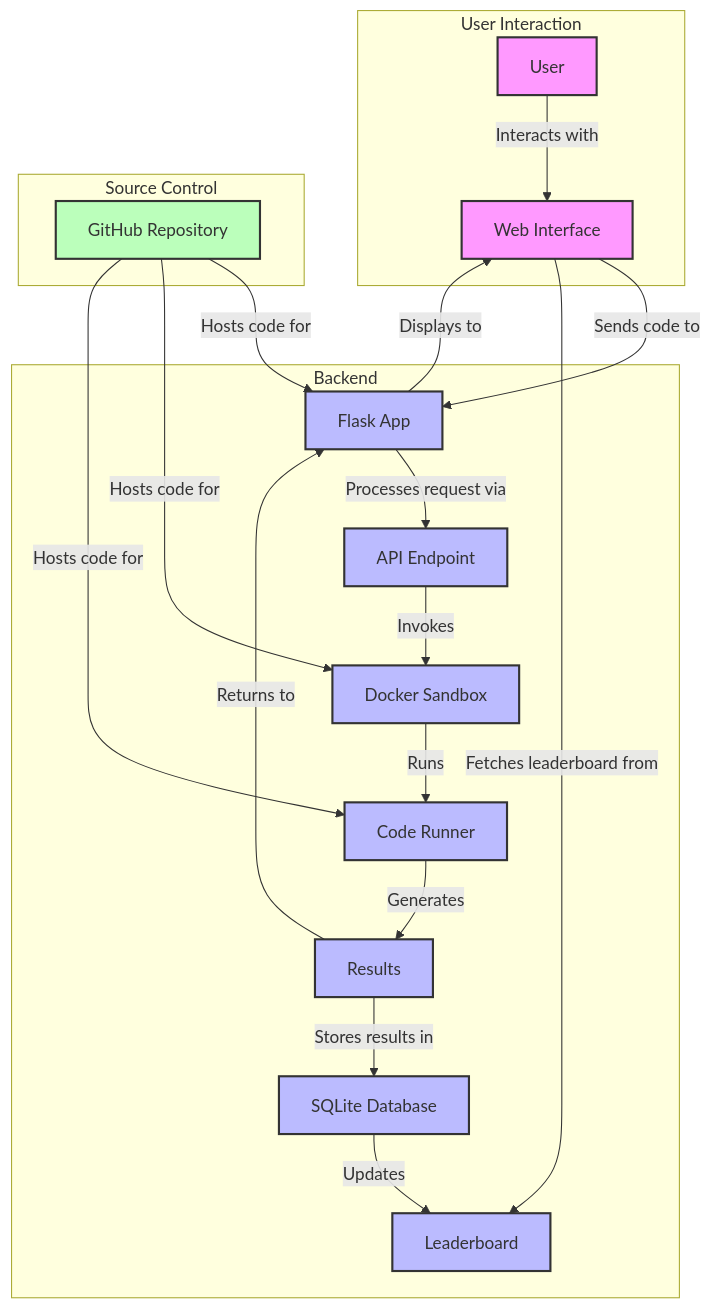
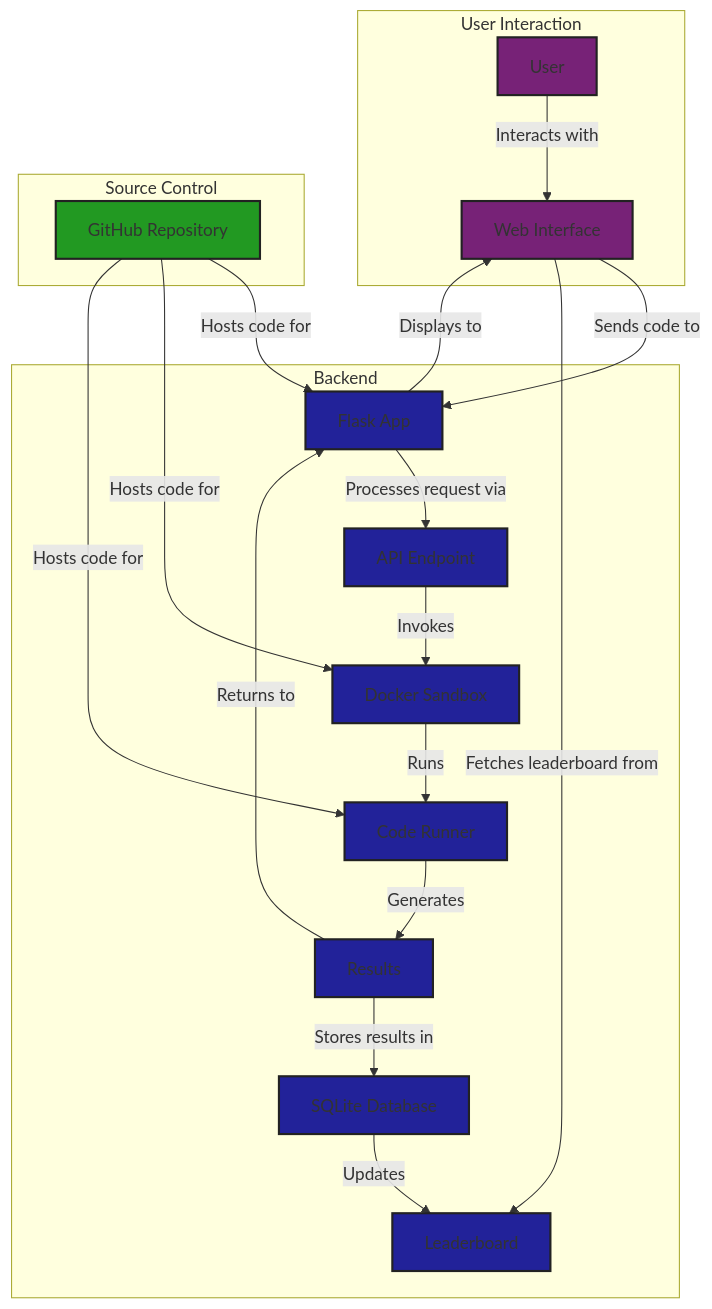
One commit to Habitante/gta-benchmark changed the diagram in README.md. Above: the diagram before and after it, drawn with Mermaid.

Commit message:
Diagram update

````diff
--- a/README.md
+++ b/README.md
@@ -32,31 +32,31 @@
 ```mermaid
 graph TD
     subgraph User Interaction
         User[User] -->|Interacts with| WebUI[Web Interface]
     end
     
     subgraph Backend
         WebUI -->|Sends code to| Flask[Flask App]
         Flask -->|Processes request via| API[API Endpoint]
         API -->|Invokes| Docker[Docker Sandbox]
         Docker -->|Runs| Runner[Code Runner]
         Runner -->|Generates| Results[Results]
         Results -->|Stores results in| Database[SQLite Database]
         Database -->|Updates| Leaderboard[Leaderboard]
         Results -->|Returns to| Flask
         Flask -->|Displays to| WebUI
         WebUI -->|Fetches leaderboard from| Leaderboard
     end
     
     subgraph Source Control
         GitHub[GitHub Repository] -->|Hosts code for| Flask & Docker & Runner
     end
     
-    classDef interaction fill:#f9f,stroke:#333,stroke-width:2px;
-    classDef backend fill:#bbf,stroke:#333,stroke-width:2px;
-    classDef source fill:#bfb,stroke:#333,stroke-width:2px;
+    classDef interaction fill:#727,stroke:#222,stroke-width:2px;
+    classDef backend fill:#229,stroke:#222,stroke-width:2px;
+    classDef source fill:#292,stroke:#222,stroke-width:2px;
     
     class User,WebUI interaction;
     class Flask,API,Docker,Runner,Results,Database,Leaderboard backend;
     class GitHub source;
 ```
````
